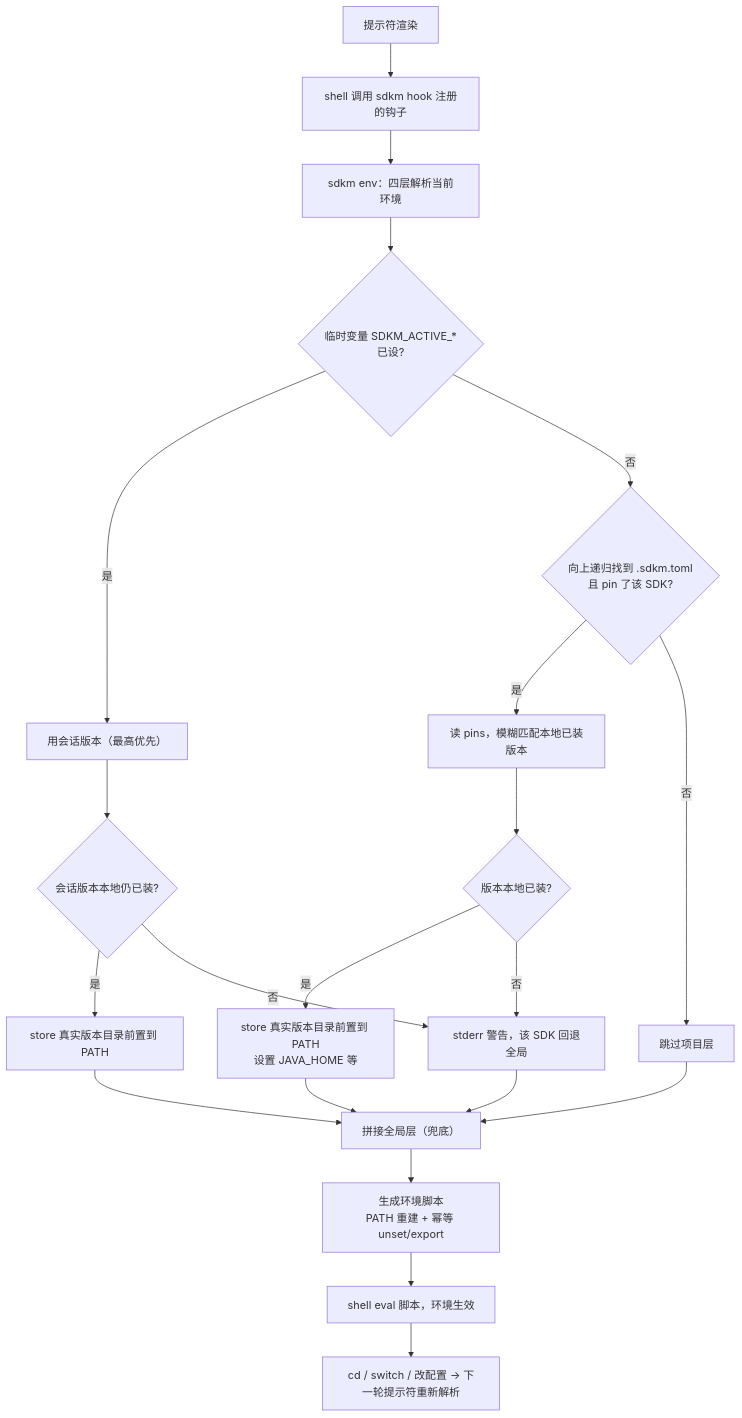
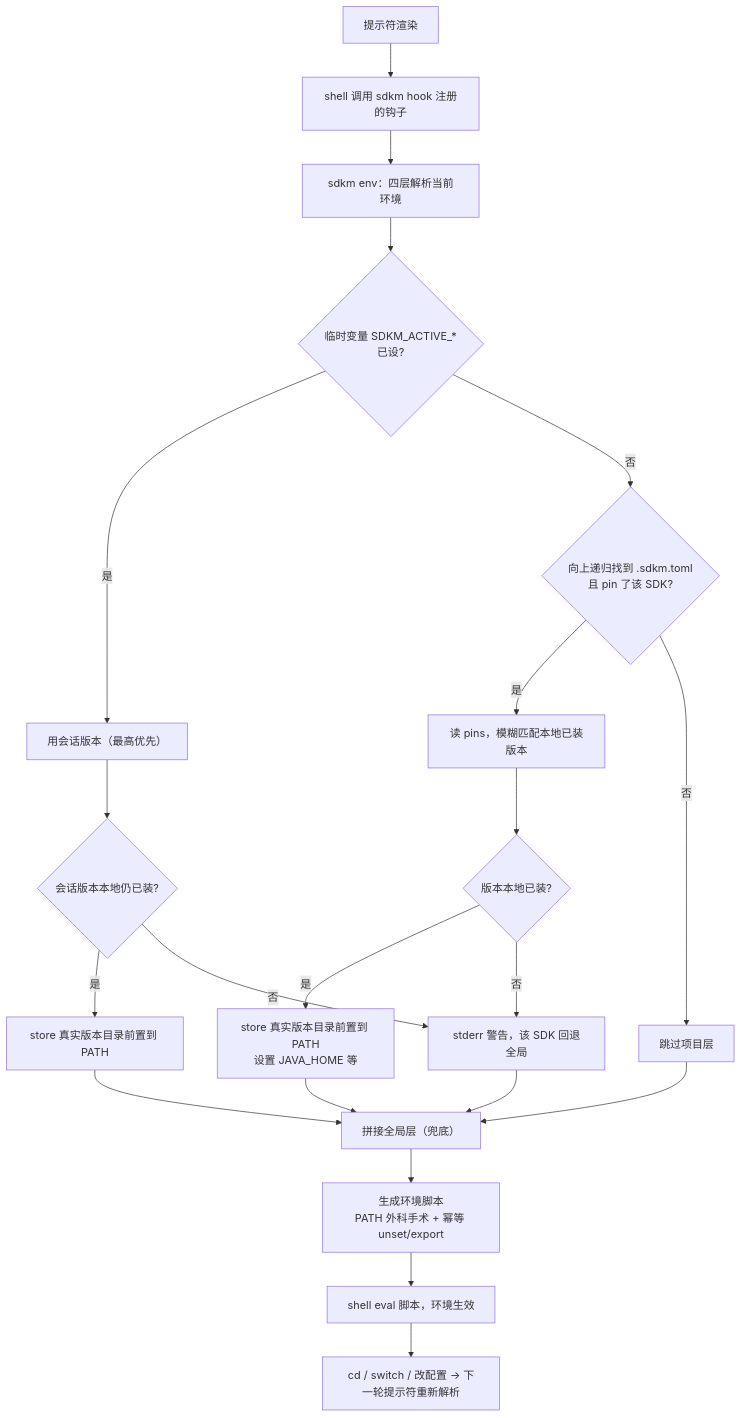
One commit to borenchan/sdkmate changed the first of 2 diagrams in docs/usage.md. Above: the diagram before and after it, drawn with Mermaid. The commit also changed other lines of this file and 12 other files, not shown here.

````diff
--- a/docs/usage.md
+++ b/docs/usage.md
@@ -249,23 +249,23 @@
 ```mermaid
 flowchart TD
     A["提示符渲染"] --> B["shell 调用 sdkm hook 注册的钩子"]
     B --> C["sdkm env：四层解析当前环境"]
     C --> D{"临时变量 SDKM_ACTIVE_*<br/>已设?"}
     D -->|"是"| E["用会话版本（最高优先）"]
     D -->|"否"| F{"向上递归找到 .sdkm.toml<br/>且 pin 了该 SDK?"}
     F -->|"是"| G["读 pins，模糊匹配本地已装版本"]
     F -->|"否"| H["跳过项目层"]
     G --> I{"版本本地已装?"}
     I -->|"是"| J["store 真实版本目录前置到 PATH<br/>设置 JAVA_HOME 等"]
     I -->|"否"| K["stderr 警告，该 SDK 回退全局"]
     E --> L{"会话版本本地仍已装?"}
     L -->|"是"| E2["store 真实版本目录前置到 PATH"]
     L -->|"否"| K
     E2 --> M["拼接全局层（兜底）"]
     H --> M
     J --> M
     K --> M
-    M --> N["生成环境脚本<br/>PATH 重建 + 幂等 unset/export"]
+    M --> N["生成环境脚本<br/>PATH 外科手术 + 幂等 unset/export"]
     N --> O["shell eval 脚本，环境生效"]
     O --> P["cd / switch / 改配置 → 下一轮提示符重新解析"]
 ```
````
